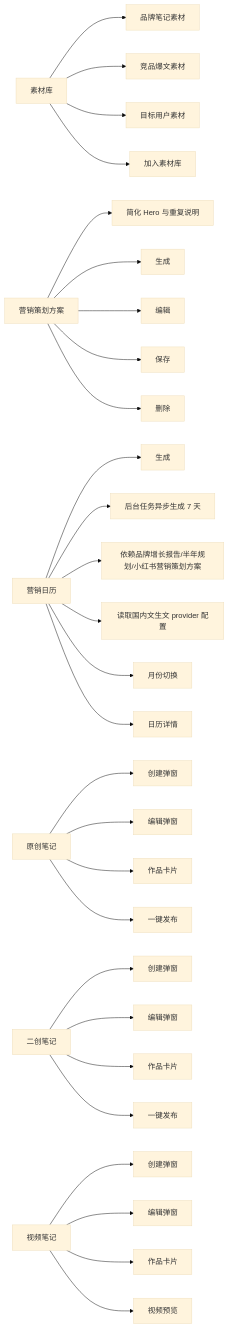
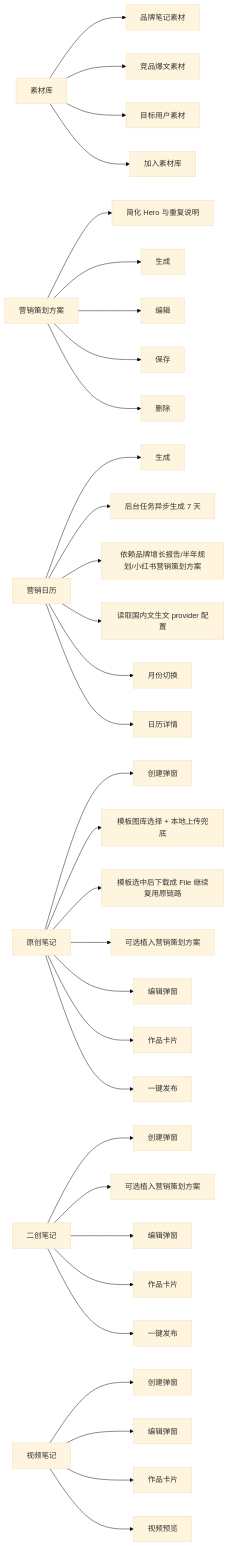
The seventh of 12 diagrams in docs/site-map-mermaid.md (Depthukesh/ai-omni-ops-system), drawn with Mermaid (base theme) before and after one commit. The commit also changed other lines of this file and 20 other files, not shown here.

````diff
--- a/docs/site-map-mermaid.md
+++ b/docs/site-map-mermaid.md
@@ -329,41 +332,45 @@
 ```mermaid
 flowchart LR
     A["素材库"]
     A --> A1["品牌笔记素材"]
     A --> A2["竞品爆文素材"]
     A --> A3["目标用户素材"]
     A --> A4["加入素材库"]
 
     B["营销策划方案"]
     B --> B0["简化 Hero 与重复说明"]
     B --> B1["生成"]
     B --> B2["编辑"]
     B --> B3["保存"]
     B --> B4["删除"]
 
     C["营销日历"]
     C --> C1["生成"]
     C --> C11["后台任务异步生成 7 天"]
     C --> C12["依赖品牌增长报告/半年规划/小红书营销策划方案"]
     C --> C13["读取国内文生文 provider 配置"]
     C --> C2["月份切换"]
     C --> C3["日历详情"]
 
     D["原创笔记"]
     D --> D1["创建弹窗"]
+    D --> D11["模板图库选择 + 本地上传兜底"]
+    D --> D12["模板选中后下载成 File 继续复用原链路"]
+    D --> D13["可选植入营销策划方案"]
     D --> D2["编辑弹窗"]
     D --> D3["作品卡片"]
     D --> D4["一键发布"]
 
     E["二创笔记"]
     E --> E1["创建弹窗"]
+    E --> E11["可选植入营销策划方案"]
     E --> E2["编辑弹窗"]
     E --> E3["作品卡片"]
     E --> E4["一键发布"]
 
     F["视频笔记"]
     F --> F1["创建弹窗"]
     F --> F2["编辑弹窗"]
     F --> F3["作品卡片"]
     F --> F4["视频预览"]
 ```
````
